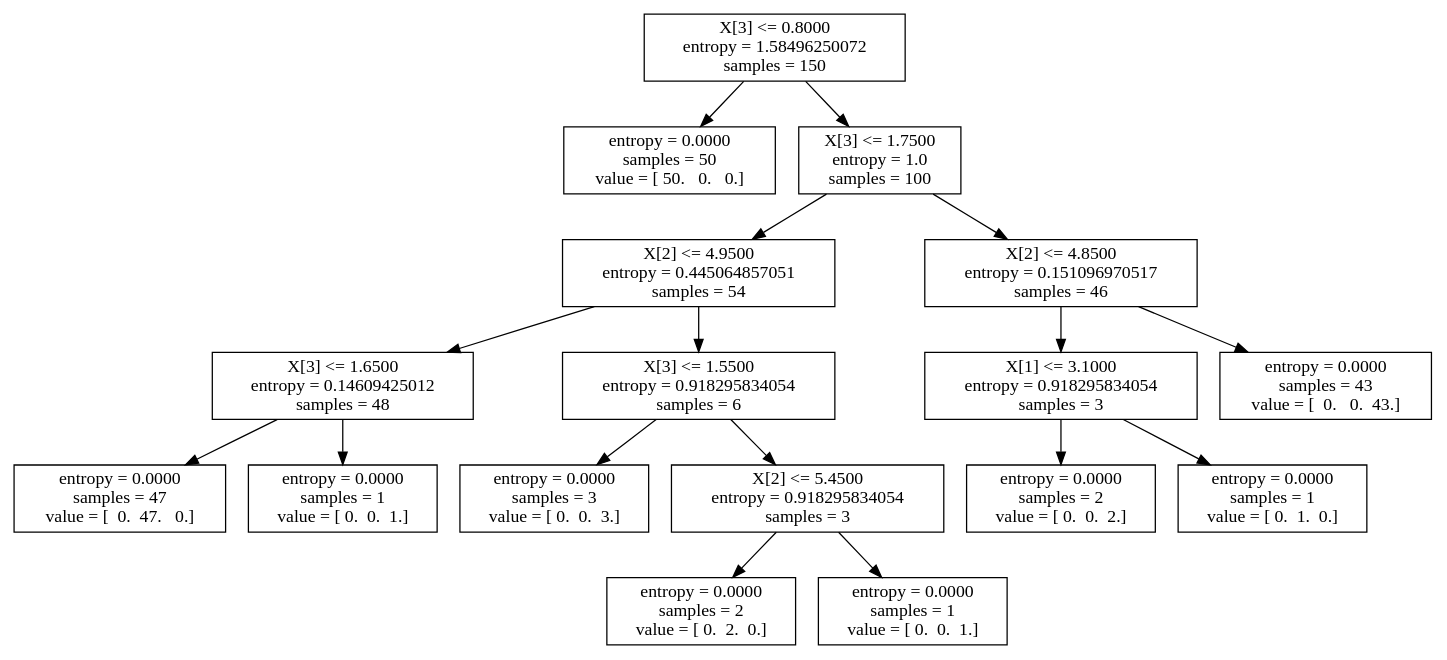
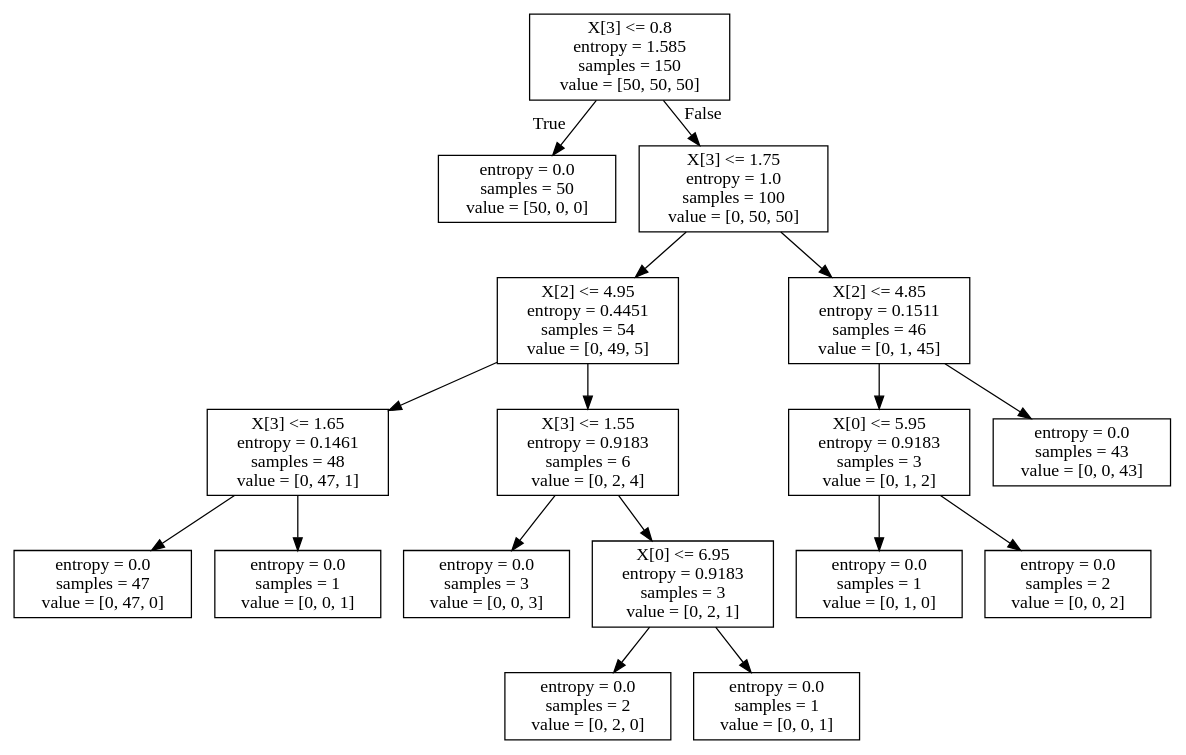
Before and after one commit to bluebibi/LINK_ML_BIG_DATA: the diagram in iris.dot, drawn with Graphviz. The commit also changed 4 other files, not shown here.

```diff
--- a/iris.dot
+++ b/iris.dot
@@ -1,35 +1,36 @@
 digraph Tree {
-0 [label="X[3] <= 0.8000\nentropy = 1.58496250072\nsamples = 150", shape="box"] ;
-1 [label="entropy = 0.0000\nsamples = 50\nvalue = [ 50.   0.   0.]", shape="box"] ;
-0 -> 1 ;
-2 [label="X[3] <= 1.7500\nentropy = 1.0\nsamples = 100", shape="box"] ;
-0 -> 2 ;
-3 [label="X[2] <= 4.9500\nentropy = 0.445064857051\nsamples = 54", shape="box"] ;
+node [shape=box] ;
+0 [label="X[3] <= 0.8\nentropy = 1.585\nsamples = 150\nvalue = [50, 50, 50]"] ;
+1 [label="entropy = 0.0\nsamples = 50\nvalue = [50, 0, 0]"] ;
+0 -> 1 [labeldistance=2.5, labelangle=45, headlabel="True"] ;
+2 [label="X[3] <= 1.75\nentropy = 1.0\nsamples = 100\nvalue = [0, 50, 50]"] ;
+0 -> 2 [labeldistance=2.5, labelangle=-45, headlabel="False"] ;
+3 [label="X[2] <= 4.95\nentropy = 0.4451\nsamples = 54\nvalue = [0, 49, 5]"] ;
 2 -> 3 ;
-4 [label="X[3] <= 1.6500\nentropy = 0.14609425012\nsamples = 48", shape="box"] ;
+4 [label="X[3] <= 1.65\nentropy = 0.1461\nsamples = 48\nvalue = [0, 47, 1]"] ;
 3 -> 4 ;
-5 [label="entropy = 0.0000\nsamples = 47\nvalue = [  0.  47.   0.]", shape="box"] ;
+5 [label="entropy = 0.0\nsamples = 47\nvalue = [0, 47, 0]"] ;
 4 -> 5 ;
-6 [label="entropy = 0.0000\nsamples = 1\nvalue = [ 0.  0.  1.]", shape="box"] ;
+6 [label="entropy = 0.0\nsamples = 1\nvalue = [0, 0, 1]"] ;
 4 -> 6 ;
-7 [label="X[3] <= 1.5500\nentropy = 0.918295834054\nsamples = 6", shape="box"] ;
+7 [label="X[3] <= 1.55\nentropy = 0.9183\nsamples = 6\nvalue = [0, 2, 4]"] ;
 3 -> 7 ;
-8 [label="entropy = 0.0000\nsamples = 3\nvalue = [ 0.  0.  3.]", shape="box"] ;
+8 [label="entropy = 0.0\nsamples = 3\nvalue = [0, 0, 3]"] ;
 7 -> 8 ;
-9 [label="X[2] <= 5.4500\nentropy = 0.918295834054\nsamples = 3", shape="box"] ;
+9 [label="X[0] <= 6.95\nentropy = 0.9183\nsamples = 3\nvalue = [0, 2, 1]"] ;
 7 -> 9 ;
-10 [label="entropy = 0.0000\nsamples = 2\nvalue = [ 0.  2.  0.]", shape="box"] ;
+10 [label="entropy = 0.0\nsamples = 2\nvalue = [0, 2, 0]"] ;
 9 -> 10 ;
-11 [label="entropy = 0.0000\nsamples = 1\nvalue = [ 0.  0.  1.]", shape="box"] ;
+11 [label="entropy = 0.0\nsamples = 1\nvalue = [0, 0, 1]"] ;
 9 -> 11 ;
-12 [label="X[2] <= 4.8500\nentropy = 0.151096970517\nsamples = 46", shape="box"] ;
+12 [label="X[2] <= 4.85\nentropy = 0.1511\nsamples = 46\nvalue = [0, 1, 45]"] ;
 2 -> 12 ;
-13 [label="X[1] <= 3.1000\nentropy = 0.918295834054\nsamples = 3", shape="box"] ;
+13 [label="X[0] <= 5.95\nentropy = 0.9183\nsamples = 3\nvalue = [0, 1, 2]"] ;
 12 -> 13 ;
-14 [label="entropy = 0.0000\nsamples = 2\nvalue = [ 0.  0.  2.]", shape="box"] ;
+14 [label="entropy = 0.0\nsamples = 1\nvalue = [0, 1, 0]"] ;
 13 -> 14 ;
-15 [label="entropy = 0.0000\nsamples = 1\nvalue = [ 0.  1.  0.]", shape="box"] ;
+15 [label="entropy = 0.0\nsamples = 2\nvalue = [0, 0, 2]"] ;
 13 -> 15 ;
-16 [label="entropy = 0.0000\nsamples = 43\nvalue = [  0.   0.  43.]", shape="box"] ;
+16 [label="entropy = 0.0\nsamples = 43\nvalue = [0, 0, 43]"] ;
 12 -> 16 ;
 }
```
